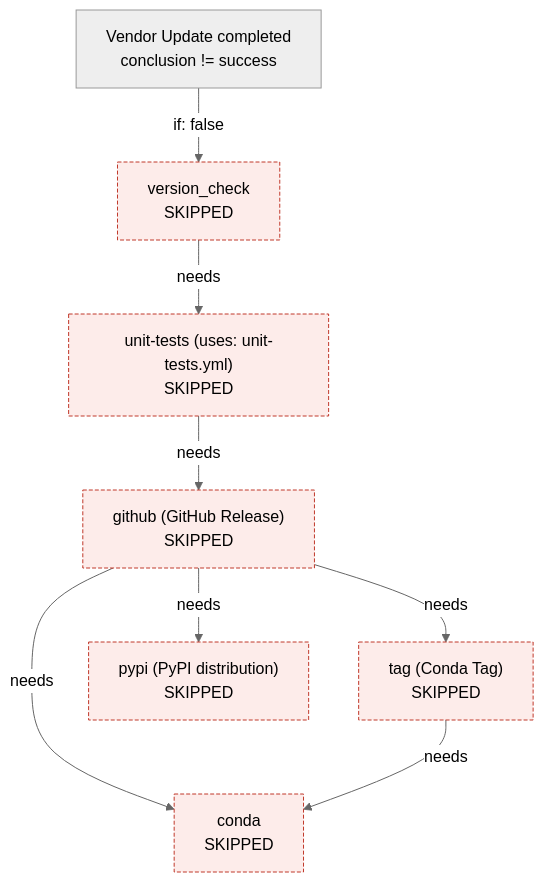
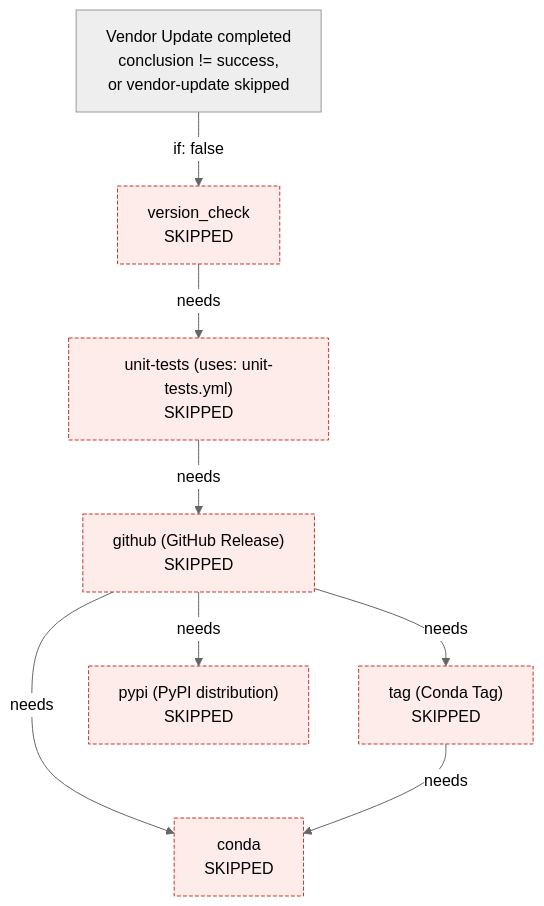
Before and after one commit to JarryShaw/PyPCAPKit: the second of 2 diagrams in docs/source/contributing/workflows.rst, drawn with Mermaid (neutral theme). The commit also changed other lines of this file and 8 other files, not shown here.

```diff
--- a/docs/source/contributing/workflows.rst
+++ b/docs/source/contributing/workflows.rst
@@ -351,21 +362,21 @@
 .. mermaid::
 
    flowchart TD
-       WR["Vendor Update completed<br/>conclusion != success"]
+       WR["Vendor Update completed<br/>conclusion != success,<br/>or vendor-update skipped"]
        VC["version_check<br/>SKIPPED"]
        UTX["unit-tests (uses: unit-tests.yml)<br/>SKIPPED"]
        GH["github (GitHub Release)<br/>SKIPPED"]
        TAGJ["tag (Conda Tag)<br/>SKIPPED"]
        PY["pypi (PyPI distribution)<br/>SKIPPED"]
        CD["conda<br/>SKIPPED"]
 
        WR -->|if: false| VC
        VC -->|needs| UTX
        UTX -->|needs| GH
        GH -->|needs| TAGJ
        GH -->|needs| PY
        GH -->|needs| CD
        TAGJ -->|needs| CD
 
        classDef skipped fill:#fdecea,stroke:#c0392b,stroke-dasharray:4 2
        class UTX,VC,GH,TAGJ,PY,CD skipped
```
